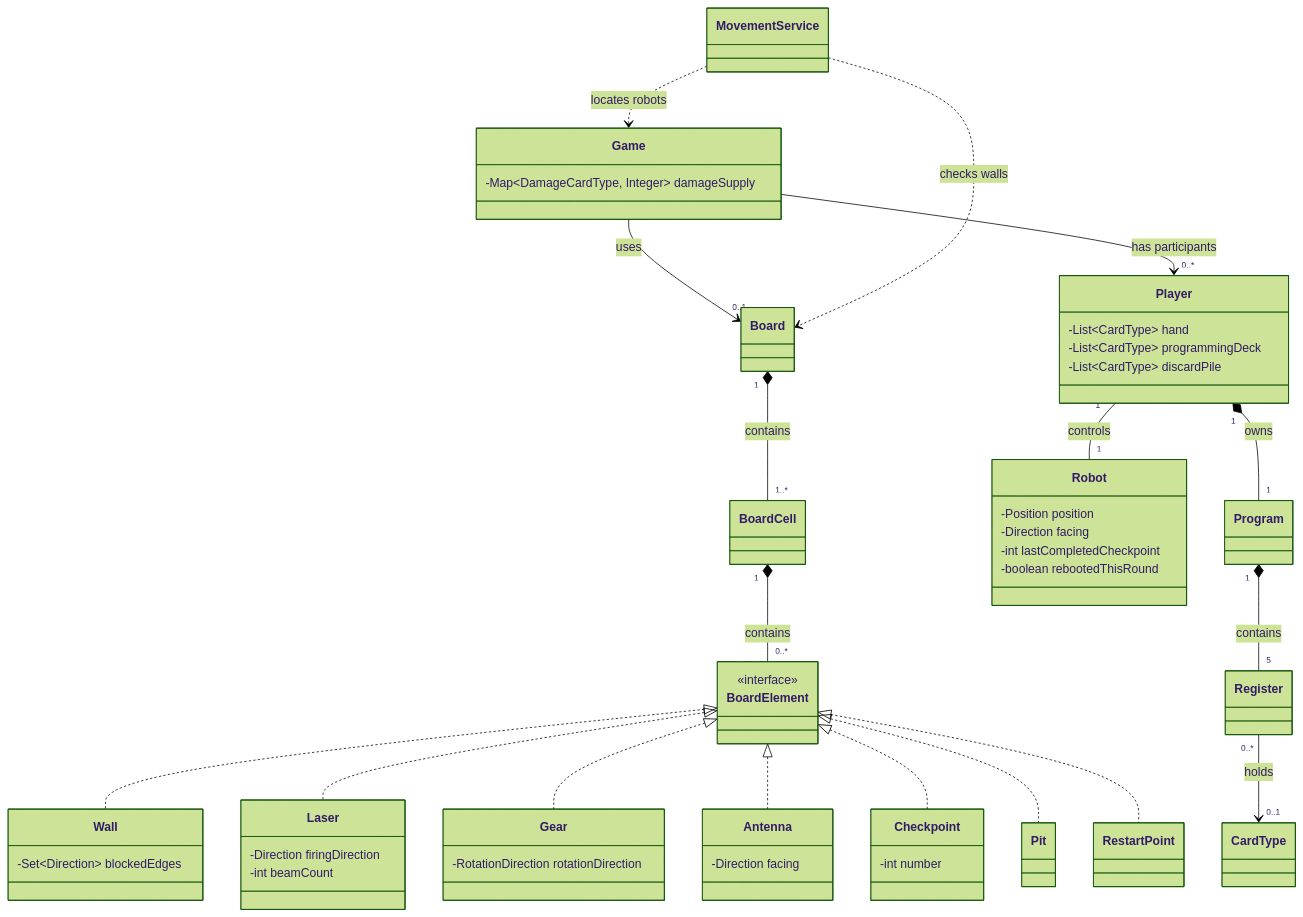
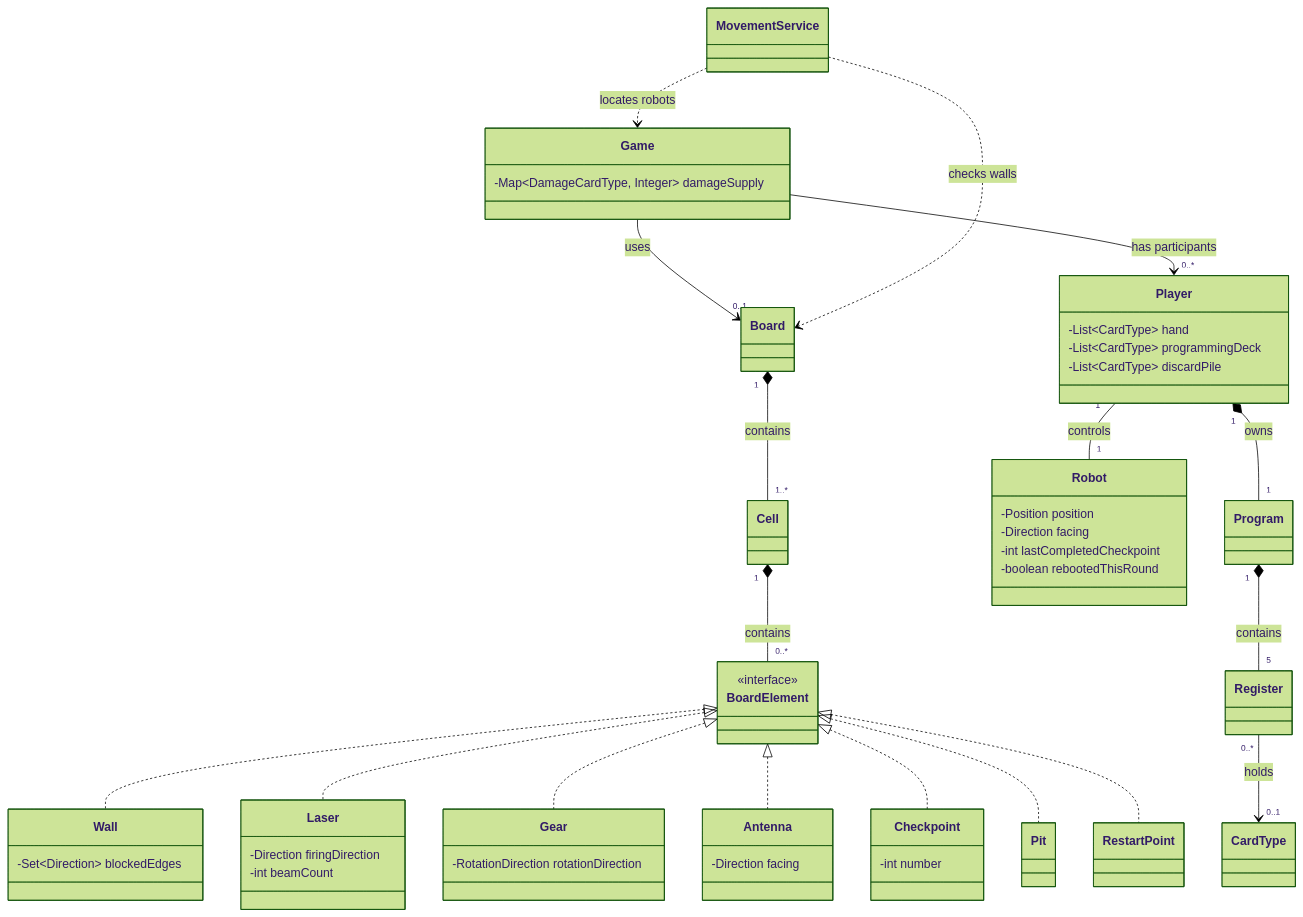
Before and after one commit to hakanmtn/roborally-java: the diagram in docs/domain-model-diagram.md, drawn with Mermaid (forest theme). The commit also changed 7 other files, not shown here.

````diff
--- a/docs/domain-model-diagram.md
+++ b/docs/domain-model-diagram.md
@@ -3,45 +3,45 @@
 ```mermaid
 classDiagram
     Program "1" *-- "5" Register : contains
     Player "1" -- "1" Robot : controls
-    Board "1" *-- "1..*" BoardCell : contains
-    BoardCell "1" *-- "0..*" BoardElement : contains
+    Board "1" *-- "1..*" Cell : contains
+    Cell "1" *-- "0..*" BoardElement : contains
     class BoardElement {
         <<interface>>
     }
     BoardElement <|.. Wall
     BoardElement <|.. Laser
     BoardElement <|.. Gear
 
     Register "0..*" --> "0..1" CardType : holds
     Game --> "0..*" Player : has participants
     Player "1" *-- "1" Program : owns
     Player : -List~CardType~ hand
     Player : -List~CardType~ programmingDeck
     Player : -List~CardType~ discardPile
 
     Game --> "0..1" Board : uses
     Robot : -Position position
     Robot : -Direction facing
 
     Wall : -Set~Direction~ blockedEdges
 
     Laser : -Direction firingDirection
     Laser : -int beamCount
 
     Gear : -RotationDirection rotationDirection
     BoardElement <|.. Antenna
     Antenna : -Direction facing
 
     BoardElement <|.. Checkpoint
     BoardElement <|.. Pit
     BoardElement <|.. RestartPoint
     Checkpoint : -int number
     Robot : -int lastCompletedCheckpoint
     Robot : -boolean rebootedThisRound
 
     Game : -Map~DamageCardType, Integer~ damageSupply
 
     MovementService ..> Board : checks walls
     MovementService ..> Game : locates robots
 ```
````
